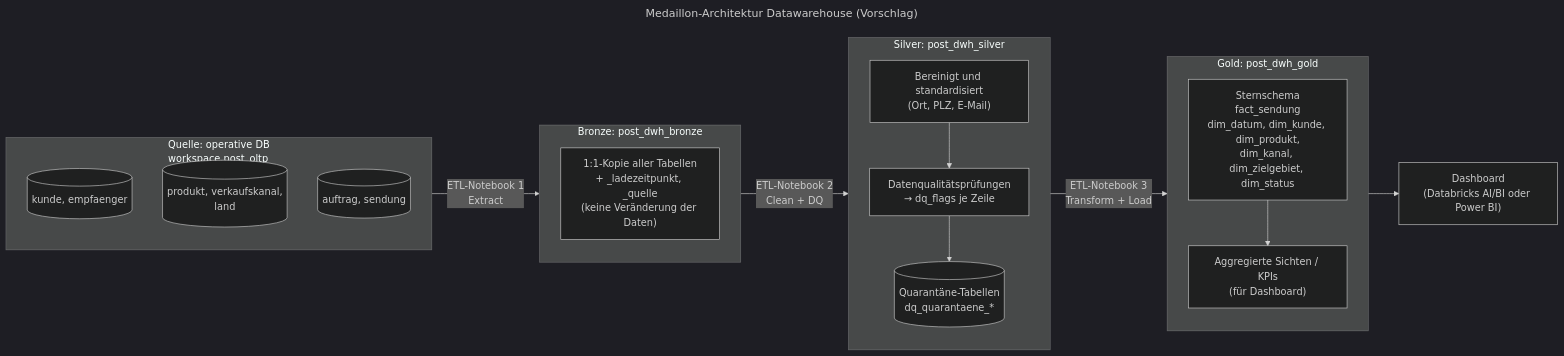
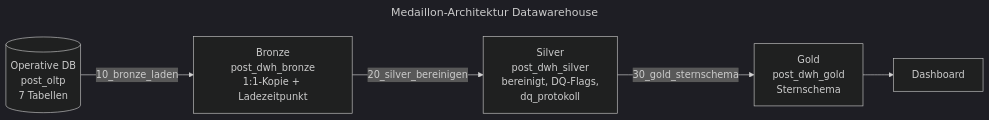
One commit to taar1/ZHAW_DB_DQH_Leistungsnachweis changed the diagram in docs/diagramme/medaillon_architektur.mmd. Above: the diagram before and after it, drawn with Mermaid (dark theme). The commit also changed 2 other files, not shown here.

Commit message:
Bericht vereinfacht: 3 Fragen, schlankeres Sternschema, 4 DQ-Pruefungen
Sternschema mit 5 Dimensionen (Status als degenerierte Dimension, Zielland statt
Zielgebiet, OLTP-Schluessel statt Surrogatschluessel), Silver ohne
Quarantaene-Tabellen, Medaillon-Diagramm vereinfacht. Fazit als Platzhalter fuer
das Team, KI-Deklaration ergaenzt.

```diff
--- a/docs/diagramme/medaillon_architektur.mmd
+++ b/docs/diagramme/medaillon_architektur.mmd
@@ -1,37 +1,14 @@
 ---
-title: Medaillon-Architektur Datawarehouse (Vorschlag)
+title: Medaillon-Architektur Datawarehouse
 ---
 flowchart LR
-    subgraph SRC["Quelle: operative DB<br/>workspace.post_oltp"]
-        direction TB
-        S1[(kunde, empfaenger)]
-        S2[(produkt, verkaufskanal,<br/>land)]
-        S3[(auftrag, sendung)]
-    end
+    SRC[("Operative DB<br/>post_oltp<br/>7 Tabellen")]
+    B["Bronze<br/>post_dwh_bronze<br/>1:1-Kopie + Ladezeitpunkt"]
+    S["Silver<br/>post_dwh_silver<br/>bereinigt, DQ-Flags,<br/>dq_protokoll"]
+    G["Gold<br/>post_dwh_gold<br/>Sternschema"]
+    D["Dashboard"]
 
-    subgraph BRONZE["Bronze: post_dwh_bronze"]
-        direction TB
-        B1["1:1-Kopie aller Tabellen<br/>+ _ladezeitpunkt, _quelle<br/>(keine Veränderung der Daten)"]
-    end
-
-    subgraph SILVER["Silver: post_dwh_silver"]
-        direction TB
-        V1["Bereinigt und standardisiert<br/>(Ort, PLZ, E-Mail)"]
-        V2["Datenqualitätsprüfungen<br/>→ dq_flags je Zeile"]
-        V3[("Quarantäne-Tabellen<br/>dq_quarantaene_*")]
-        V1 --> V2 --> V3
-    end
-
-    subgraph GOLD["Gold: post_dwh_gold"]
-        direction TB
-        G1["Sternschema<br/>fact_sendung<br/>dim_datum, dim_kunde, dim_produkt,<br/>dim_kanal, dim_zielgebiet, dim_status"]
-        G2["Aggregierte Sichten / KPIs<br/>(für Dashboard)"]
-        G1 --> G2
-    end
-
-    DASH["Dashboard<br/>(Databricks AI/BI oder Power BI)"]
-
-    SRC -->|"ETL-Notebook 1<br/>Extract"| BRONZE
-    BRONZE -->|"ETL-Notebook 2<br/>Clean + DQ"| SILVER
-    SILVER -->|"ETL-Notebook 3<br/>Transform + Load"| GOLD
-    GOLD --> DASH
+    SRC -->|"10_bronze_laden"| B
+    B -->|"20_silver_bereinigen"| S
+    S -->|"30_gold_sternschema"| G
+    G --> D
```
